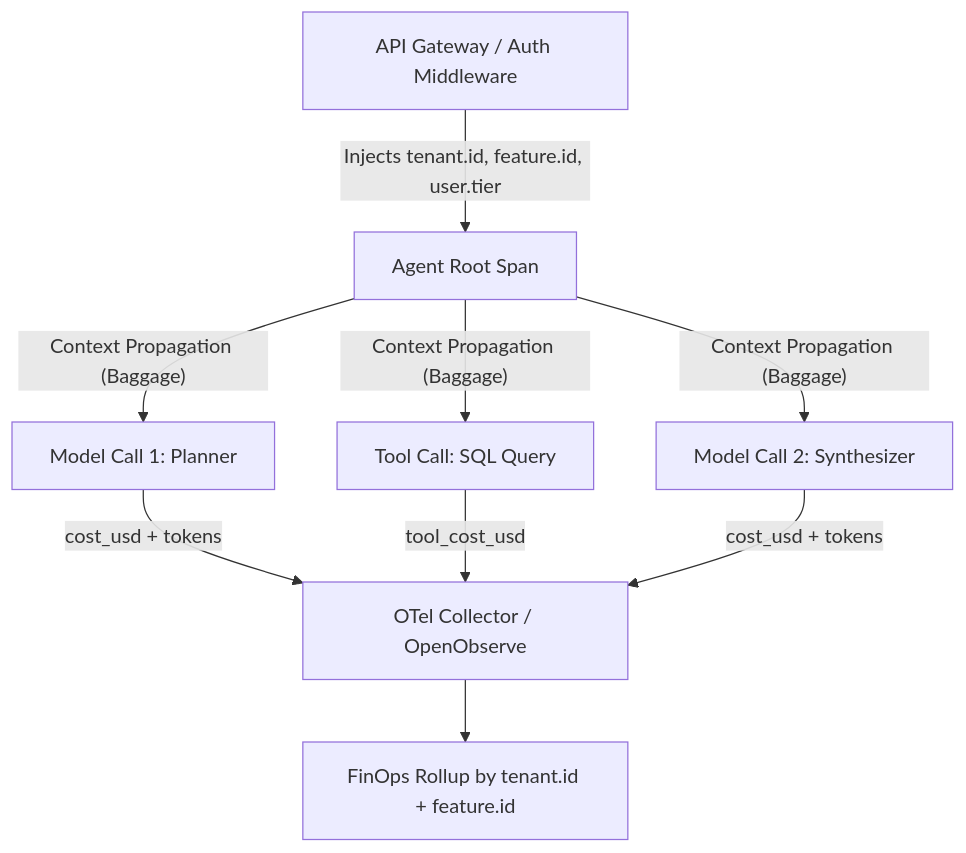
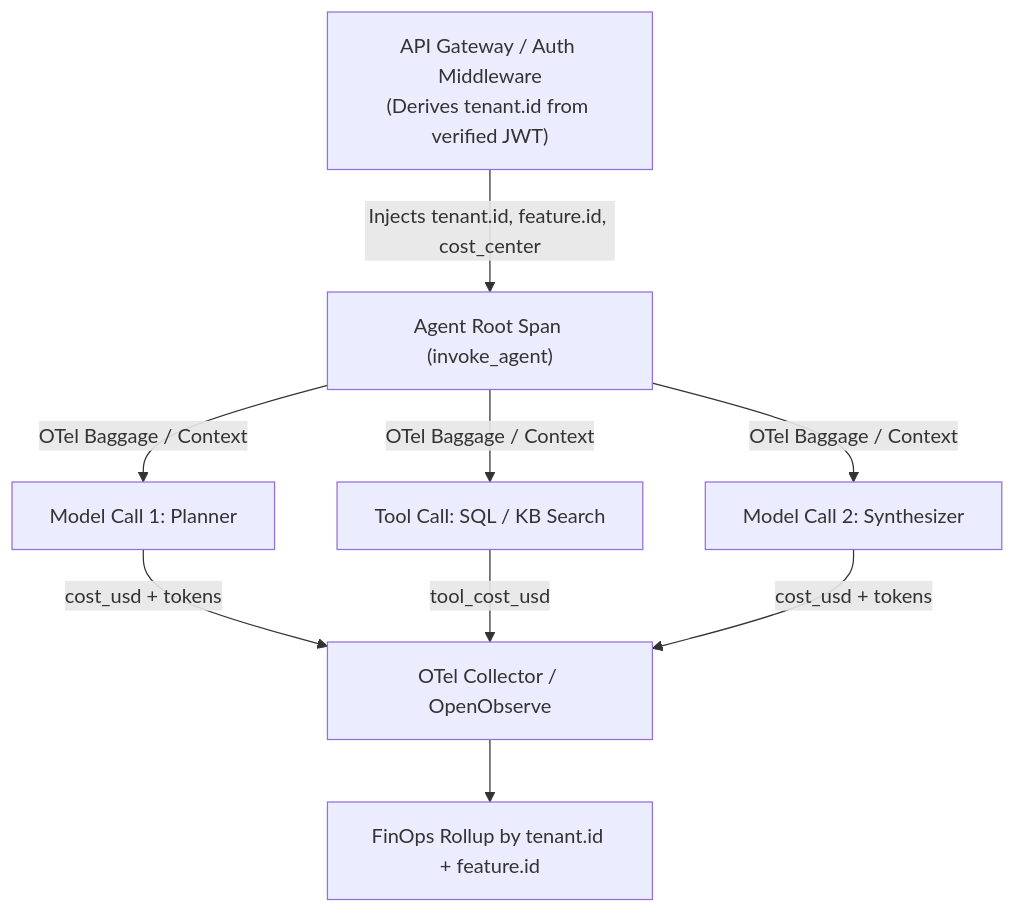
Before and after one commit to Amie-dev/FDE-and-GenAI-Mastery: the first of 2 diagrams in Lecture 43 - AI Observability OTel and FOCUS FinOps/notes/06_Tenant_and_Feature_Attribution_and_Hard_Budgets.md, drawn with Mermaid. The commit also changed other lines of this file and 92 other files, not shown here.

````diff
--- a/Lecture 43 - AI Observability OTel and FOCUS FinOps/notes/06_Tenant_and_Feature_Attribution_and_Hard_Budgets.md
+++ b/Lecture 43 - AI Observability OTel and FOCUS FinOps/notes/06_Tenant_and_Feature_Attribution_and_Hard_Budgets.md
@@ -19,11 +31,11 @@
 ```mermaid
 flowchart TD
-    GW[API Gateway / Auth Middleware] -->|"Injects tenant.id, feature.id, user.tier"| AG[Agent Root Span]
-    AG -->|"Context Propagation (Baggage)"| M1[Model Call 1: Planner]
-    AG -->|"Context Propagation (Baggage)"| T1[Tool Call: SQL Query]
-    AG -->|"Context Propagation (Baggage)"| M2[Model Call 2: Synthesizer]
-    M1 -->|"cost_usd + tokens"| EXP[OTel Collector / OpenObserve]
+    GW["API Gateway / Auth Middleware<br/>(Derives tenant.id from verified JWT)"] -->|"Injects tenant.id, feature.id, cost_center"| AG["Agent Root Span (invoke_agent)"]
+    AG -->|"OTel Baggage / Context"| M1["Model Call 1: Planner"]
+    AG -->|"OTel Baggage / Context"| T1["Tool Call: SQL / KB Search"]
+    AG -->|"OTel Baggage / Context"| M2["Model Call 2: Synthesizer"]
+    M1 -->|"cost_usd + tokens"| EXP["OTel Collector / OpenObserve"]
     T1 -->|"tool_cost_usd"| EXP
     M2 -->|"cost_usd + tokens"| EXP
-    EXP --> FIN[FinOps Rollup by tenant.id + feature.id]
+    EXP --> FIN["FinOps Rollup by tenant.id + feature.id"]
 ```
````
